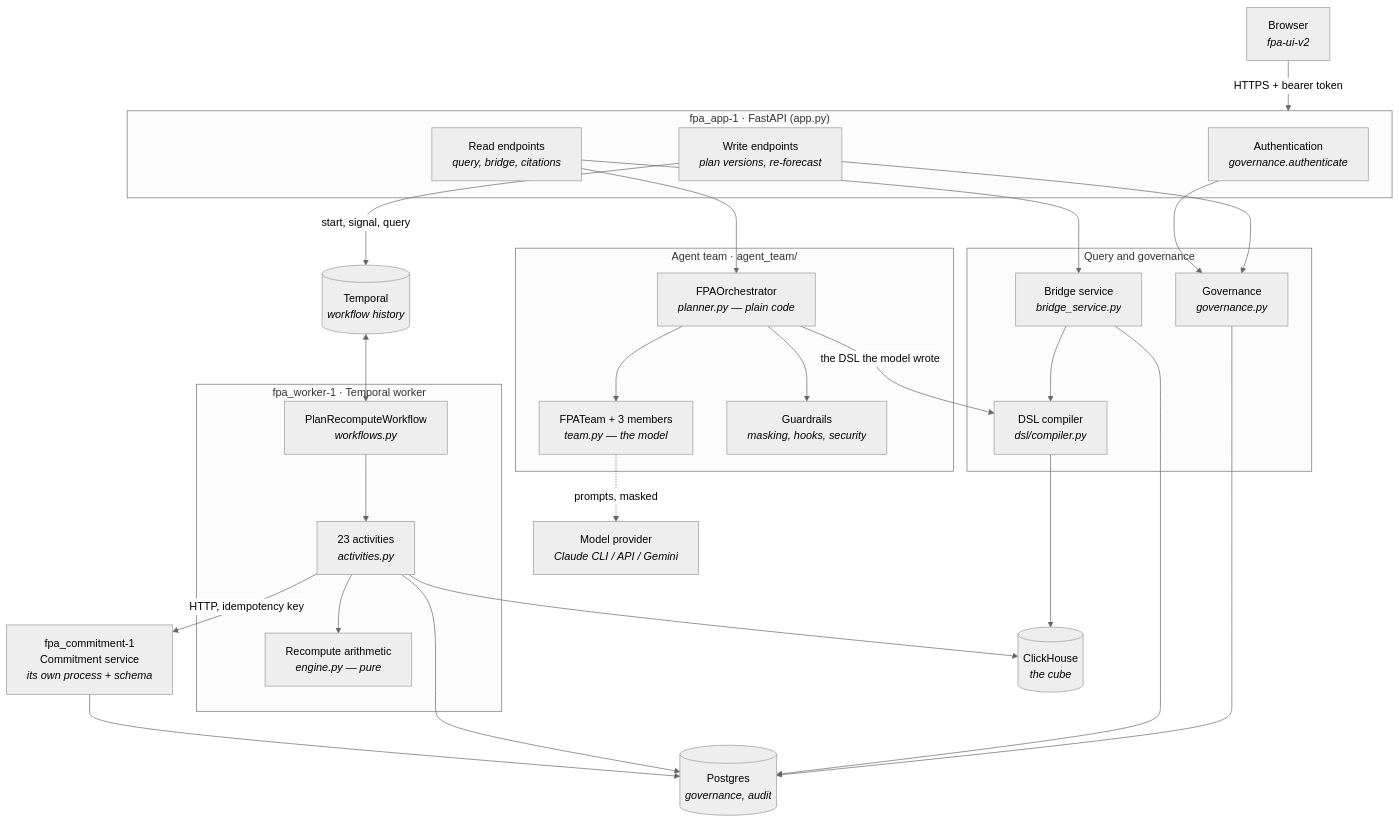
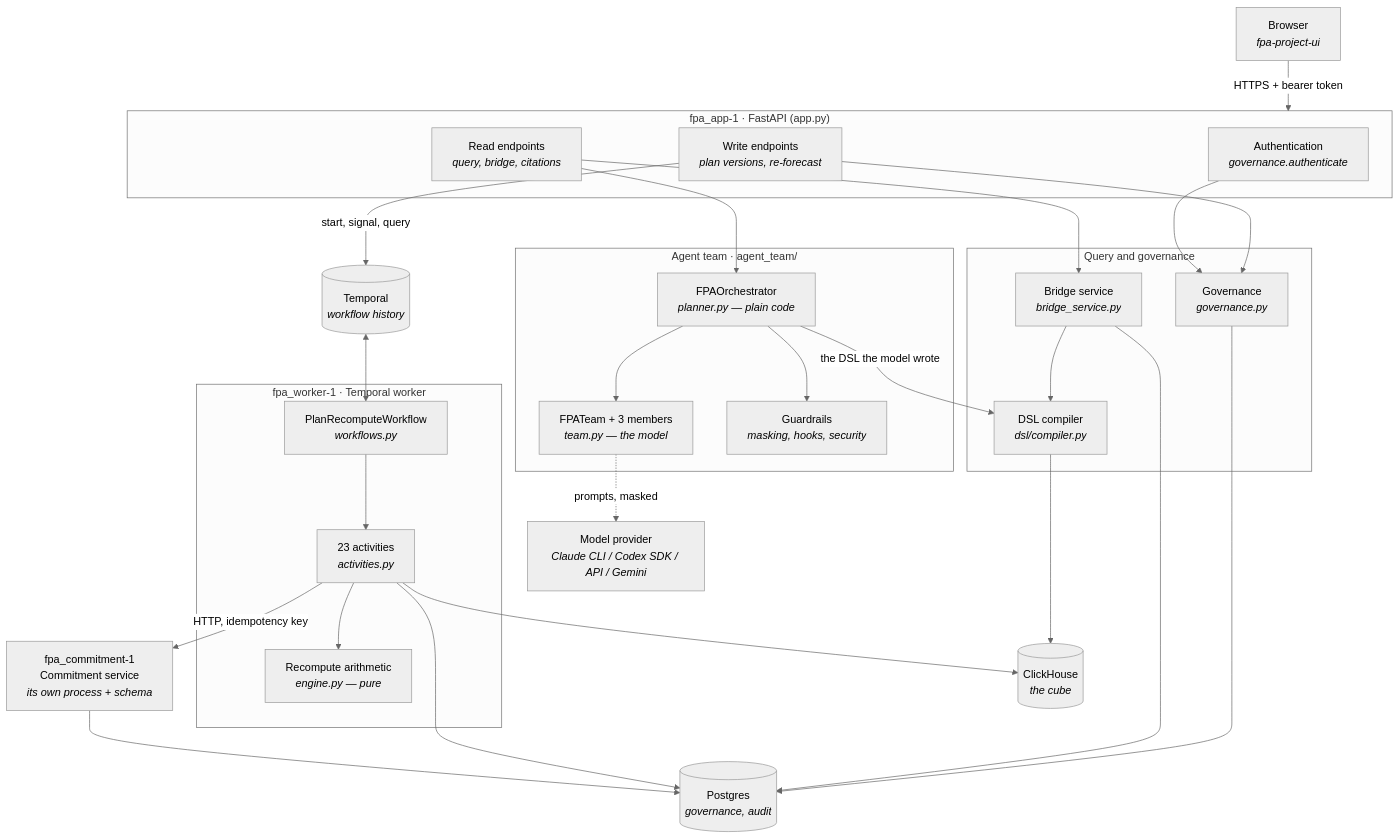
Before and after one commit to narendrak-aloha/fpa-api-v1: the first of 4 diagrams in docs/component_diagram.md, drawn with Mermaid (neutral theme). The commit also changed other lines of this file and 14 other files, not shown here.

````diff
--- a/docs/component_diagram.md
+++ b/docs/component_diagram.md
@@ -19,57 +19,57 @@
 ```mermaid
 flowchart TB
-    UI["Browser<br/><i>fpa-ui-v2</i>"]
+    UI["Browser<br/><i>fpa-project-ui</i>"]
 
     subgraph APP["fpa_app-1 · FastAPI (app.py)"]
         AUTH["Authentication<br/><i>governance.authenticate</i>"]
         READ["Read endpoints<br/><i>query, bridge, citations</i>"]
         WRITE["Write endpoints<br/><i>plan versions, re-forecast</i>"]
     end
 
     subgraph AGENT["Agent team · agent_team/"]
         ORCH["FPAOrchestrator<br/><i>planner.py — plain code</i>"]
         TEAM["FPATeam + 3 members<br/><i>team.py — the model</i>"]
         GUARD["Guardrails<br/><i>masking, hooks, security</i>"]
     end
 
     subgraph CORE["Query and governance"]
         DSL["DSL compiler<br/><i>dsl/compiler.py</i>"]
         GOV["Governance<br/><i>governance.py</i>"]
         BRIDGE["Bridge service<br/><i>bridge_service.py</i>"]
     end
 
     subgraph WORKER["fpa_worker-1 · Temporal worker"]
         WF["PlanRecomputeWorkflow<br/><i>workflows.py</i>"]
         ACT["23 activities<br/><i>activities.py</i>"]
         ENG["Recompute arithmetic<br/><i>engine.py — pure</i>"]
     end
 
     COMMIT["fpa_commitment-1<br/>Commitment service<br/><i>its own process + schema</i>"]
-    LLM["Model provider<br/><i>Claude CLI / API / Gemini</i>"]
+    LLM["Model provider<br/><i>Claude CLI / Codex SDK / API / Gemini</i>"]
 
     PG[("Postgres<br/><i>governance, audit</i>")]
     CH[("ClickHouse<br/><i>the cube</i>")]
     TMP[("Temporal<br/><i>workflow history</i>")]
 
     UI -->|HTTPS + bearer token| APP
     READ --> ORCH
     ORCH --> TEAM
     ORCH --> GUARD
     TEAM -.->|prompts, masked| LLM
     ORCH -->|the DSL the model wrote| DSL
     READ --> BRIDGE
     BRIDGE --> DSL
     WRITE --> GOV
     AUTH --> GOV
     DSL --> CH
     GOV --> PG
     BRIDGE --> PG
     WRITE -->|start, signal, query| TMP
     TMP <--> WF
     WF --> ACT
     ACT --> ENG
     ACT --> PG
     ACT --> CH
     ACT -->|HTTP, idempotency key| COMMIT
     COMMIT --> PG
 ```
````
